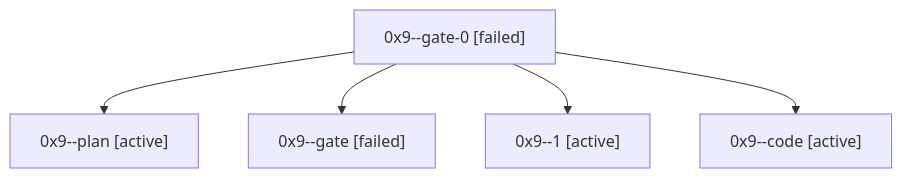
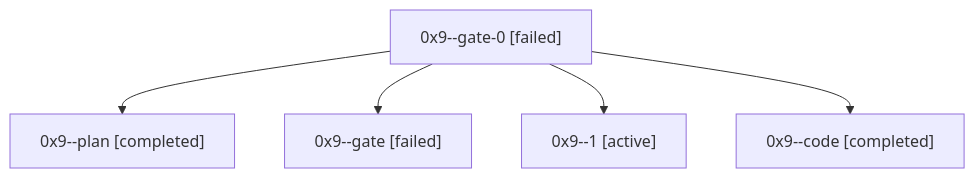
The diagram in sessions/bbugyi200.athena.0x9.md (bobs-org/bob-cli--agents), drawn with Mermaid before and after one commit. The commit also changed other lines of this file and 52 other files, not shown here.

````diff
--- a/sessions/bbugyi200.athena.0x9.md
+++ b/sessions/bbugyi200.athena.0x9.md
@@ -9,12 +9,12 @@
 ```mermaid
 flowchart TD
   n0["0x9--gate-0 [failed]"]
-  n1["0x9--plan [active]"]
+  n1["0x9--plan [completed]"]
   n0 --> n1
   n2["0x9--gate [failed]"]
   n0 --> n2
   n3["0x9--1 [active]"]
   n0 --> n3
-  n4["0x9--code [active]"]
+  n4["0x9--code [completed]"]
   n0 --> n4
 ```
````
